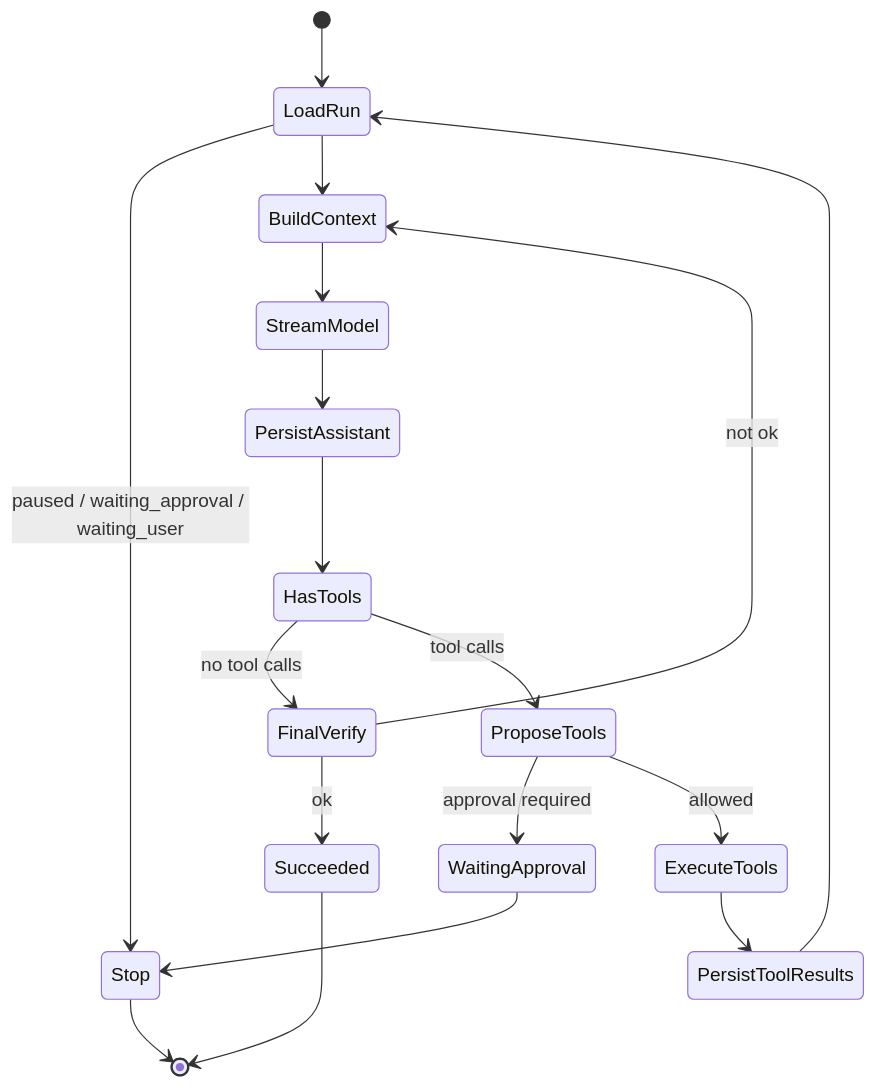
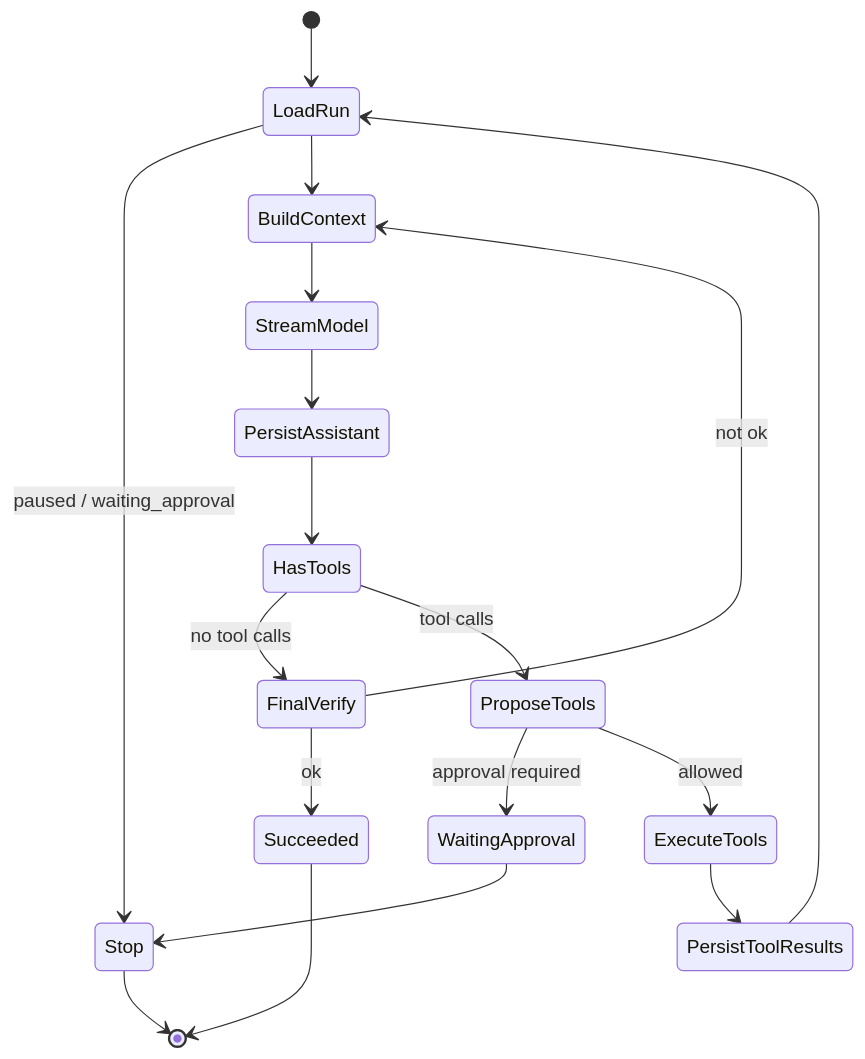
One commit to sonald/knuth changed the fifth of 7 diagrams in docs/knuth v0 方案.md. Above: the diagram before and after it, drawn with Mermaid. The commit also changed other lines of this file and 17 other files, not shown here.

````diff
--- a/docs/knuth v0 方案.md
+++ b/docs/knuth v0 方案.md
@@ -1540,20 +1529,20 @@
 ```mermaid
 stateDiagram-v2
     [*] --> LoadRun
-    LoadRun --> Stop: paused / waiting_approval / waiting_user
+    LoadRun --> Stop: paused / waiting_approval
     LoadRun --> BuildContext
     BuildContext --> StreamModel
     StreamModel --> PersistAssistant
     PersistAssistant --> HasTools
     HasTools --> FinalVerify: no tool calls
     HasTools --> ProposeTools: tool calls
     ProposeTools --> WaitingApproval: approval required
     ProposeTools --> ExecuteTools: allowed
     ExecuteTools --> PersistToolResults
     PersistToolResults --> LoadRun
     FinalVerify --> Succeeded: ok
     FinalVerify --> BuildContext: not ok
     WaitingApproval --> Stop
     Succeeded --> [*]
     Stop --> [*]
 ```
````
